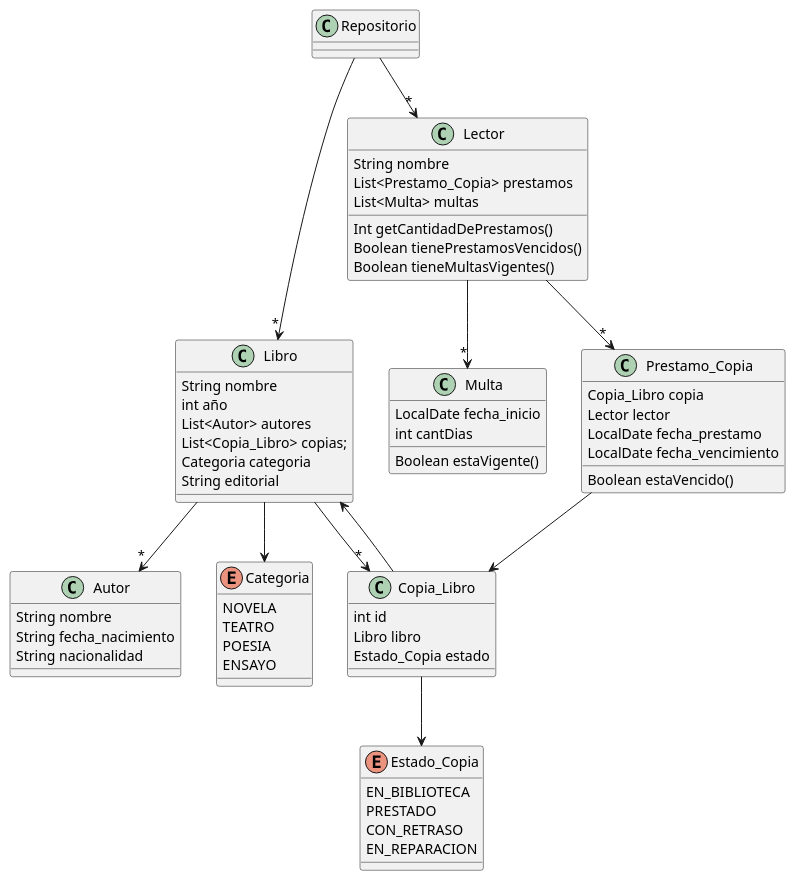
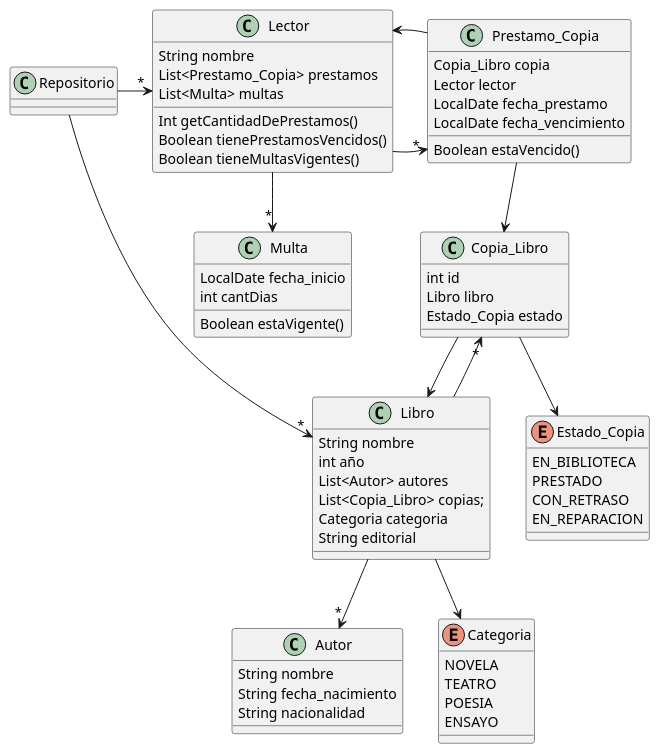
The diagram in src/DiagrameDeClases-EJ31.puml (LucasBarr99/DDS-Grupo7), drawn with PlantUML before and after one commit. The commit also changed 8 other files, not shown here.

Commit message:
Subo codigo de ejercicio 31 y agrego flecha en diagrama

```diff
--- a/src/DiagrameDeClases-EJ31.puml
+++ b/src/DiagrameDeClases-EJ31.puml
@@ -1,79 +1,82 @@
 @startuml
 'https://plantuml.com/class-diagram
 
 class Libro {
     String nombre
     int año
     List<Autor> autores
     List<Copia_Libro> copias;
     Categoria categoria
     String editorial
 
 }
 
 class Copia_Libro {
     int id
     Libro libro
     Estado_Copia estado
 
 }
 class Prestamo_Copia {
     Copia_Libro copia
     Lector lector
     LocalDate fecha_prestamo
     LocalDate fecha_vencimiento
 
     Boolean estaVencido()
 
 }
 class Autor {
     String nombre
     String fecha_nacimiento
     String nacionalidad
 }
 
 enum Categoria {
 NOVELA
 TEATRO
 POESIA
 ENSAYO
 }
 enum Estado_Copia {
 EN_BIBLIOTECA
 PRESTADO
 CON_RETRASO
 EN_REPARACION
 }
 
 class Lector{
     String nombre
     List<Prestamo_Copia> prestamos
     List<Multa> multas
 
     Int getCantidadDePrestamos()
     Boolean tienePrestamosVencidos()
     Boolean tieneMultasVigentes()
 }
 class Multa{
     LocalDate fecha_inicio
     int cantDias
 
     Boolean estaVigente()
 
 }
+
 class Repositorio{
 
 
 }
 
 Libro --> Categoria
 Libro -->"*" Autor
 Copia_Libro --> Estado_Copia
 Copia_Libro --> Libro
 Prestamo_Copia --> Copia_Libro
 Lector -->"*" Multa
 Libro -->"*" Copia_Libro
 Lector -->"*" Prestamo_Copia
-Repositorio -->"*" Libro
-Repositorio -->"*" Lector
+Prestamo_Copia -> Lector
+Repositorio ->"*" Libro
+Repositorio ->"*" Lector
+
 @enduml
```
